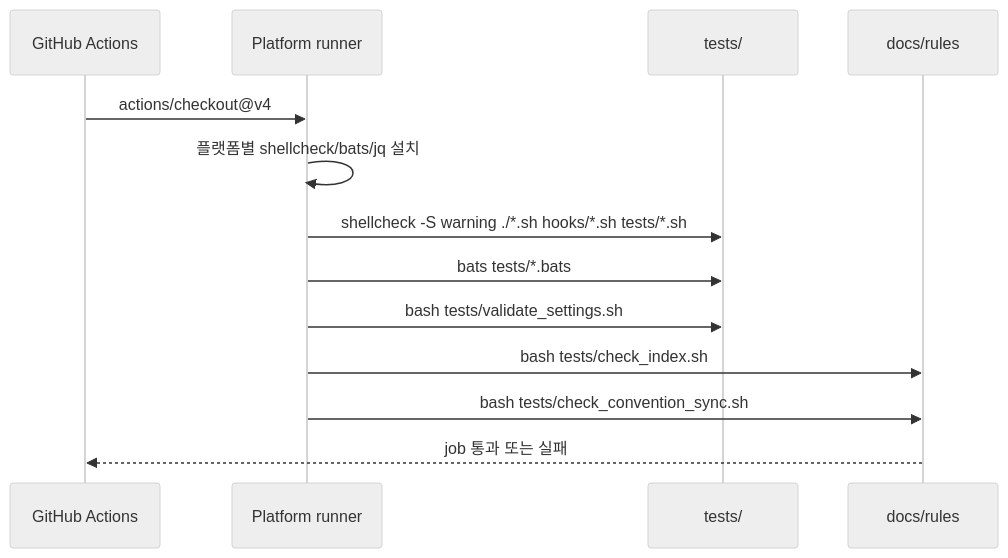
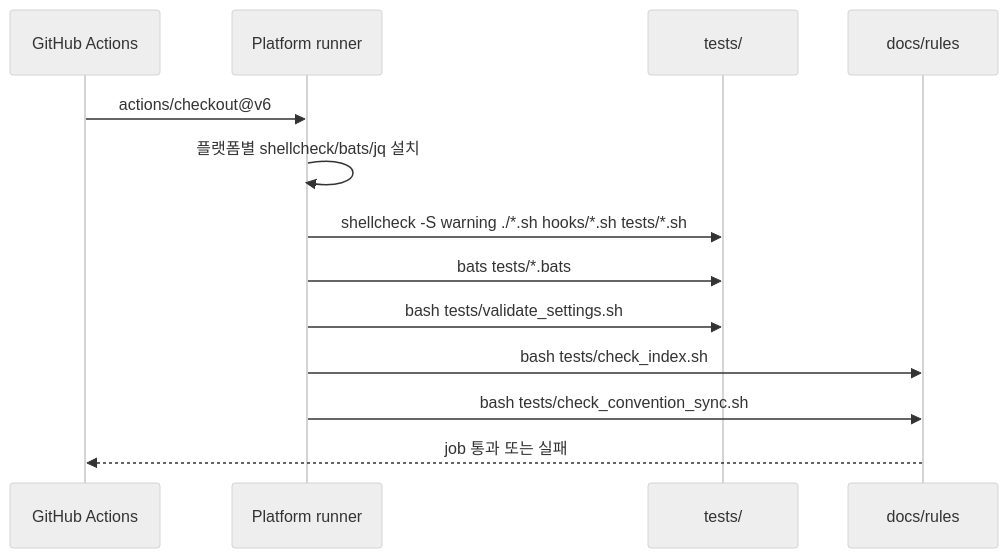
One commit to jomarusoup/Arachne changed the third of 10 diagrams in docs/CI.md. Above: the diagram before and after it, drawn with Mermaid (neutral theme). The commit also changed other lines of this file and 25 other files, not shown here.

````diff
--- a/docs/CI.md
+++ b/docs/CI.md
@@ -96,16 +96,16 @@
 ```mermaid
 sequenceDiagram
     participant G as GitHub Actions
     participant P as Platform runner
     participant T as tests/
     participant D as docs/rules
 
-    G->>P: actions/checkout@v4
+    G->>P: actions/checkout@v6
     P->>P: 플랫폼별 shellcheck/bats/jq 설치
     P->>T: shellcheck -S warning ./*.sh hooks/*.sh tests/*.sh
     P->>T: bats tests/*.bats
     P->>T: bash tests/validate_settings.sh
     P->>D: bash tests/check_index.sh
     P->>D: bash tests/check_convention_sync.sh
     D-->>G: job 통과 또는 실패
 ```
````
